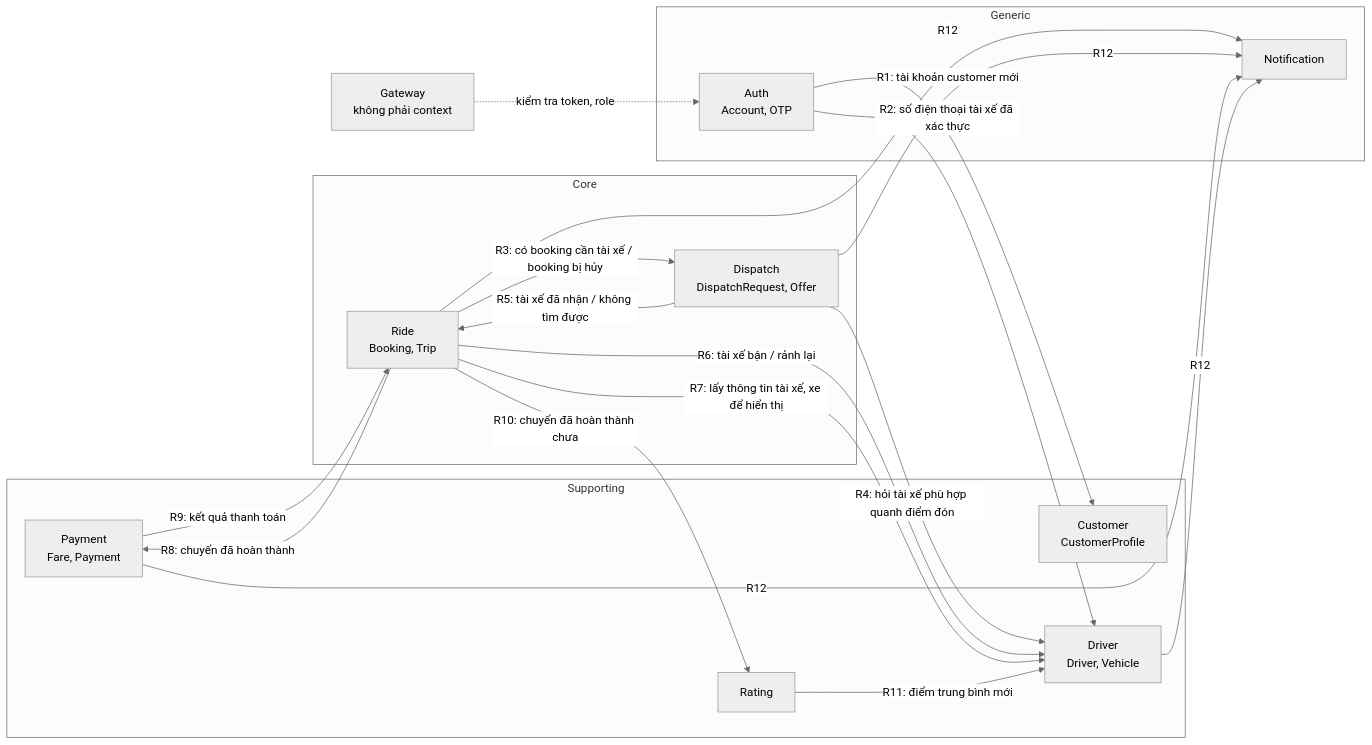
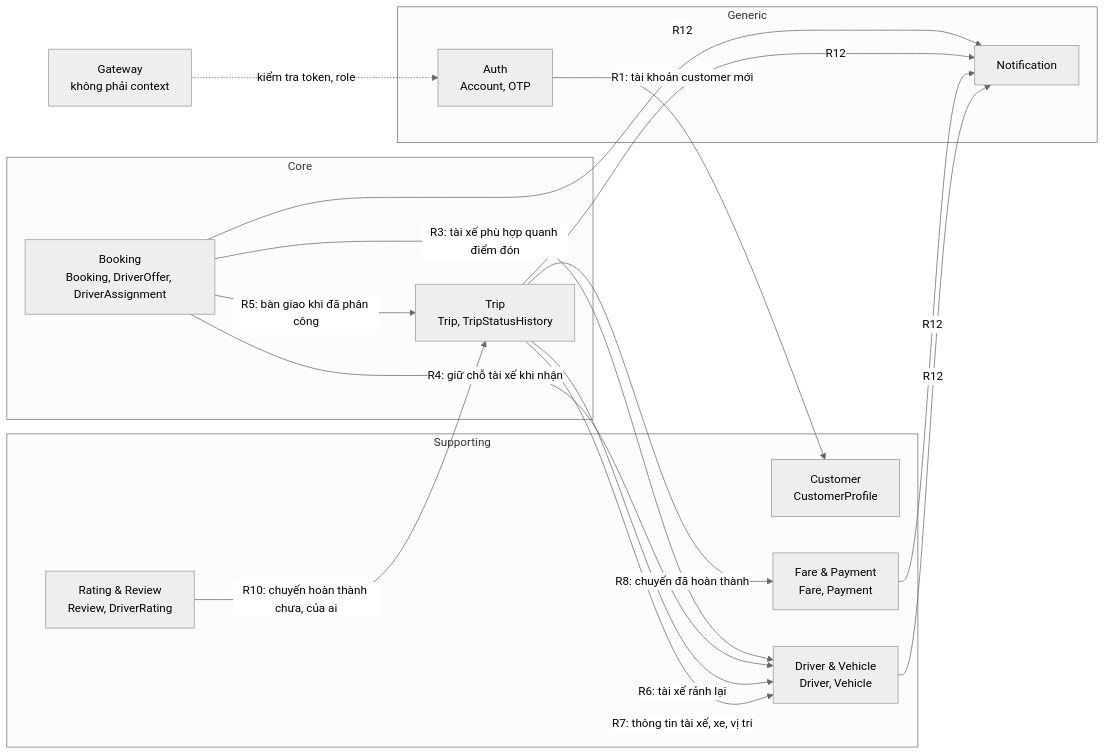
The first of 3 diagrams in docs/design/01-bounded-contexts.md (nghuuduc21/23699411_NguyenHuuDuc_CabSystem), drawn with Mermaid (neutral theme) before and after one commit. The commit also changed other lines of this file and 10 other files, not shown here.

````diff
--- a/docs/design/01-bounded-contexts.md
+++ b/docs/design/01-bounded-contexts.md
@@ -51,36 +78,33 @@
 ```mermaid
 flowchart LR
   GW[Gateway<br/>không phải context]
 
   subgraph Generic
     AUTH[Auth<br/>Account, OTP]
     NOTI[Notification]
   end
   subgraph Supporting
     CUS[Customer<br/>CustomerProfile]
-    DRV[Driver<br/>Driver, Vehicle]
-    PAY[Payment<br/>Fare, Payment]
-    RAT[Rating]
+    DRV[Driver & Vehicle<br/>Driver, Vehicle]
+    PAY[Fare & Payment<br/>Fare, Payment]
+    REV[Rating & Review<br/>Review, DriverRating]
   end
   subgraph Core
-    RIDE[Ride<br/>Booking, Trip]
-    DSP[Dispatch<br/>DispatchRequest, Offer]
+    BK[Booking<br/>Booking, DriverOffer, DriverAssignment]
+    TRIP[Trip<br/>Trip, TripStatusHistory]
   end
 
   GW -. kiểm tra token, role .-> AUTH
   AUTH -- R1: tài khoản customer mới --> CUS
-  AUTH -- R2: số điện thoại tài xế đã xác thực --> DRV
-  RIDE -- R3: có booking cần tài xế / booking bị hủy --> DSP
-  DSP -- R4: hỏi tài xế phù hợp quanh điểm đón --> DRV
-  DSP -- R5: tài xế đã nhận / không tìm được --> RIDE
-  RIDE -- R6: tài xế bận / rảnh lại --> DRV
-  RIDE -- R7: lấy thông tin tài xế, xe để hiển thị --> DRV
-  RIDE -- R8: chuyến đã hoàn thành --> PAY
-  PAY -- R9: kết quả thanh toán --> RIDE
-  RIDE -- R10: chuyến đã hoàn thành chưa --> RAT
-  RAT -- R11: điểm trung bình mới --> DRV
-  RIDE -- R12 --> NOTI
-  DSP -- R12 --> NOTI
+  BK -- R3: tài xế phù hợp quanh điểm đón --> DRV
+  BK -- R4: giữ chỗ tài xế khi nhận --> DRV
+  BK -- R5: bàn giao khi đã phân công --> TRIP
+  TRIP -- R6: tài xế rảnh lại --> DRV
+  TRIP -- R7: thông tin tài xế, xe, vị trí --> DRV
+  TRIP -- R8: chuyến đã hoàn thành --> PAY
+  REV -- R10: chuyến hoàn thành chưa, của ai --> TRIP
+  BK -- R12 --> NOTI
+  TRIP -- R12 --> NOTI
   PAY -- R12 --> NOTI
   DRV -- R12 --> NOTI
 ```
````
